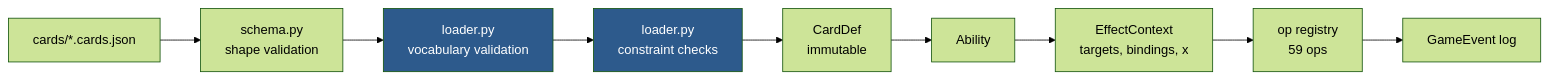
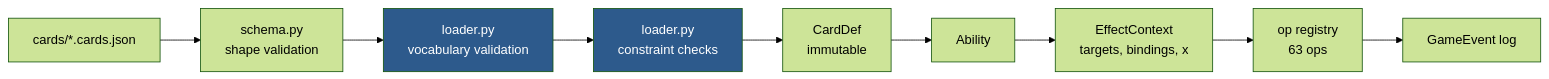
The diagram in docs/card-dsl.md (TylerGauntlett/commander-blitz), drawn with Mermaid (forest theme) before and after one commit. The commit also changed other lines of this file and 7 other files, not shown here.

````diff
--- a/docs/card-dsl.md
+++ b/docs/card-dsl.md
@@ -6,14 +6,14 @@
 ```mermaid
 flowchart LR
     json["cards/*.cards.json"] --> pydantic["schema.py<br/>shape validation"]
     pydantic --> vocab["loader.py<br/>vocabulary validation"]
     vocab --> constraints["loader.py<br/>constraint checks"]
     constraints --> carddef["CardDef<br/>immutable"]
     carddef --> ability["Ability"]
     ability --> ctx["EffectContext<br/>targets, bindings, x"]
-    ctx --> ops["op registry<br/>59 ops"]
+    ctx --> ops["op registry<br/>63 ops"]
     ops --> events["GameEvent log"]
 
     style vocab fill:#2d5a8c,color:#fff
     style constraints fill:#2d5a8c,color:#fff
 ```
````
